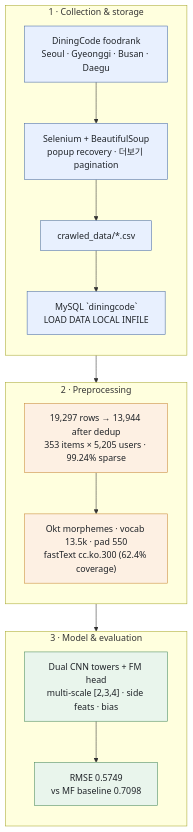
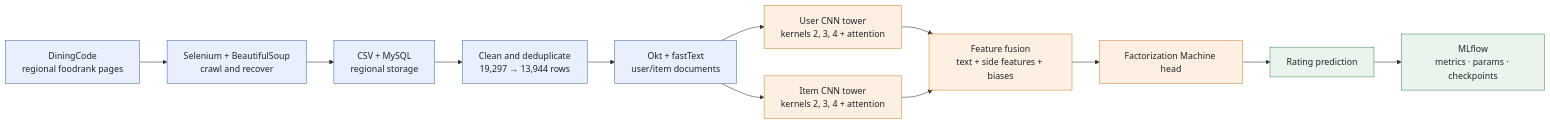
One commit to han942/ai-ds-projects changed the diagram in projects/rating_recsys/README.md. Above: the diagram before and after it, drawn with Mermaid. The commit also changed other lines of this file and 11 other files, not shown here.

````diff
--- a/projects/rating_recsys/README.md
+++ b/projects/rating_recsys/README.md
@@ -7,29 +32,22 @@
 ```mermaid
-flowchart TB
-    subgraph S1["1 · Collection & storage"]
-        direction TB
-        A["DiningCode foodrank<br/>Seoul · Gyeonggi · Busan · Daegu"] --> B["Selenium + BeautifulSoup<br/>popup recovery · 더보기 pagination"]
-        B --> C["crawled_data/*.csv"]
-        C --> D["MySQL `diningcode`<br/>LOAD DATA LOCAL INFILE"]
-    end
+flowchart LR
+    A["DiningCode<br/>regional foodrank pages"] --> B["Selenium + BeautifulSoup<br/>crawl and recover"]
+    B --> C["CSV + MySQL<br/>regional storage"]
+    C --> D["Clean and deduplicate<br/>19,297 → 13,944 rows"]
+    D --> E["Okt + fastText<br/>user/item documents"]
 
-    subgraph S2["2 · Preprocessing"]
-        direction TB
-        E["19,297 rows → 13,944 after dedup<br/>353 items × 5,205 users · 99.24% sparse"] --> F["Okt morphemes · vocab 13.5k · pad 550<br/>fastText cc.ko.300 (62.4% coverage)"]
-    end
-
-    subgraph S3["3 · Model & evaluation"]
-        direction TB
-        G["Dual CNN towers + FM head<br/>multi-scale [2,3,4] · side feats · bias"] --> H["RMSE 0.5749<br/>vs MF baseline 0.7098"]
-    end
-
-    C --> E
-    F --> G
+    E --> U["User CNN tower<br/>kernels 2, 3, 4 + attention"]
+    E --> I["Item CNN tower<br/>kernels 2, 3, 4 + attention"]
+    U --> F["Feature fusion<br/>text + side features + biases"]
+    I --> F
+    F --> G["Factorization Machine head"]
+    G --> H["Rating prediction"]
+    H --> M["MLflow<br/>metrics · params · checkpoints"]
 
     classDef data fill:#e8f0fe,stroke:#4a6da7,color:#1f2328
-    classDef train fill:#fdf0e3,stroke:#c98b3a,color:#1f2328
-    classDef eval fill:#e9f5ec,stroke:#4a8a5f,color:#1f2328
-    class A,B,C,D data
-    class E,F train
-    class G,H eval
+    classDef model fill:#fdf0e3,stroke:#c98b3a,color:#1f2328
+    classDef result fill:#e9f5ec,stroke:#4a8a5f,color:#1f2328
+    class A,B,C,D,E data
+    class U,I,F,G model
+    class H,M result
 ```
````
